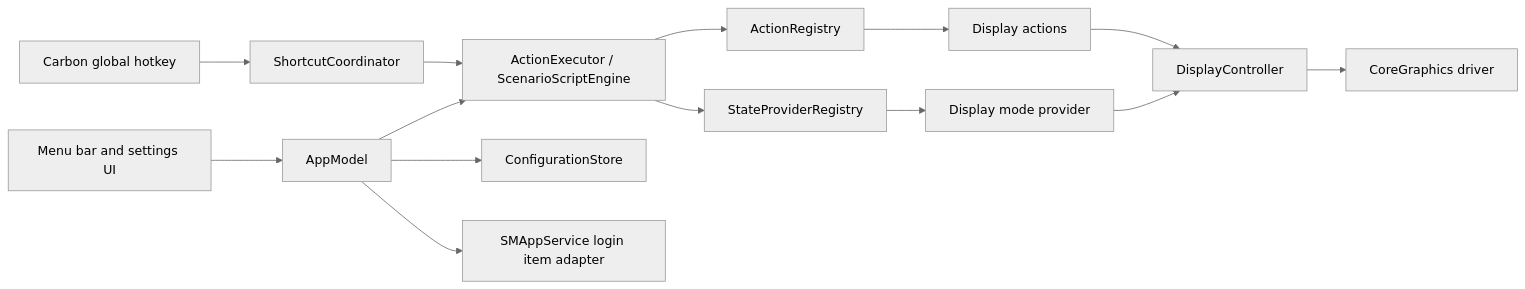
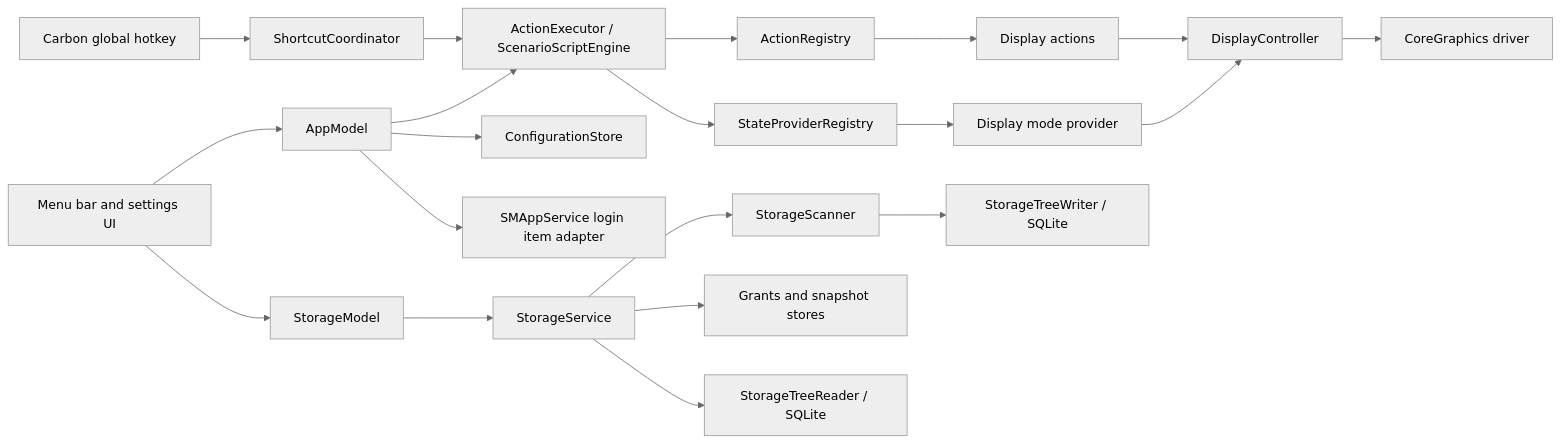
Before and after one commit to witqq/mac-utils: the diagram in docs/ARCHITECTURE.md, drawn with Mermaid (neutral theme). The commit also changed other lines of this file and 109 other files, not shown here.

````diff
--- a/docs/ARCHITECTURE.md
+++ b/docs/ARCHITECTURE.md
@@ -7,16 +7,22 @@
 ```mermaid
 flowchart LR
     UI[Menu bar and settings UI] --> Model[AppModel]
     Hotkey[Carbon global hotkey] --> Coordinator[ShortcutCoordinator]
     Model --> Executor[ActionExecutor / ScenarioScriptEngine]
     Coordinator --> Executor
     Executor --> Actions[ActionRegistry]
     Executor --> Providers[StateProviderRegistry]
     Actions --> Display[Display actions]
     Providers --> DisplayState[Display mode provider]
     Display --> Controller[DisplayController]
     DisplayState --> Controller
     Controller --> CoreGraphics[CoreGraphics driver]
     Model --> Store[ConfigurationStore]
     Model --> Login[SMAppService login item adapter]
+    UI --> StorageModel[StorageModel]
+    StorageModel --> StorageService[StorageService]
+    StorageService --> Scanner[StorageScanner]
+    StorageService --> StorageStore[Grants and snapshot stores]
+    Scanner --> TreeWriter[StorageTreeWriter / SQLite]
+    StorageService --> TreeReader[StorageTreeReader / SQLite]
 ```
````
